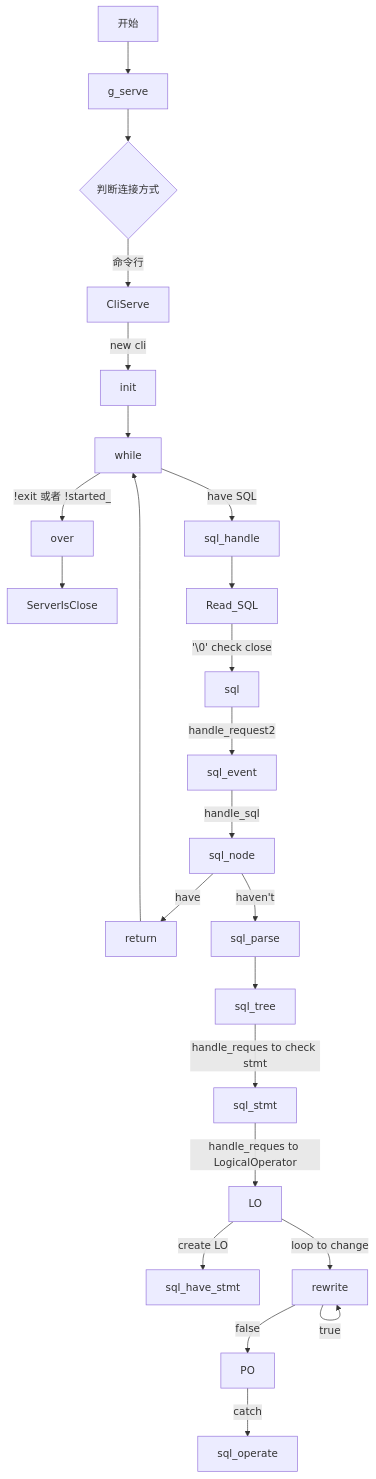
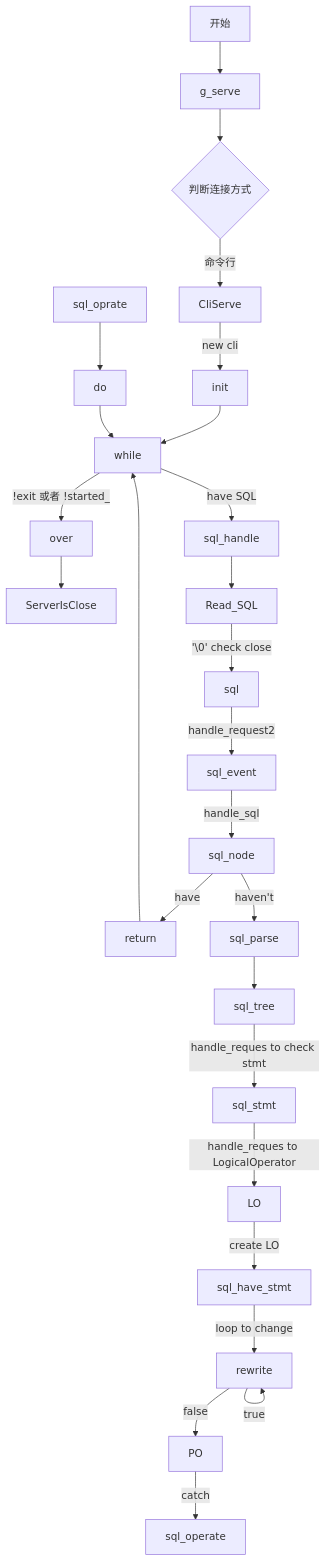
The diagram in article/2026_09_26.md (jyoushitou/Blog-Article), drawn with Mermaid before and after one commit.

Commit message:
20260926v11

````diff
--- a/article/2026_09_26.md
+++ b/article/2026_09_26.md
@@ -208,26 +208,28 @@
 ```mermaid
 graph TD
   main[开始] --> g_serve
   g_serve --> serve{判断连接方式}
   serve -->|命令行| cli[CliServe]
   cli --> |new cli| init
   init --> while
   while --> |have SQL| sql_handle
   while --> |!exit 或者 !started_ | over
   over --> ServerIsClose
   sql_handle --> Read_SQL
   Read_SQL --> |'\0' check close| sql
   sql -->  |handle_request2| sql_event
   sql_event --> |handle_sql| sql_node
   sql_node --> |have| return 
   return --> while
   sql_node --> |haven't| sql_parse
   sql_parse --> sql_tree
   sql_tree --> |handle_reques to check stmt| sql_stmt
   sql_stmt --> |handle_reques to LogicalOperator| LO
   LO --> |create LO| sql_have_stmt
-  LO --> |loop to change| rewrite
+  sql_have_stmt --> |loop to change| rewrite
   rewrite --> |true| rewrite
   rewrite --> |false| PO
   PO --> |catch| sql_operate
+  sql_oprate --> do
+  do -->while
 ```
````
